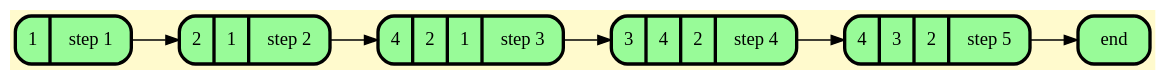
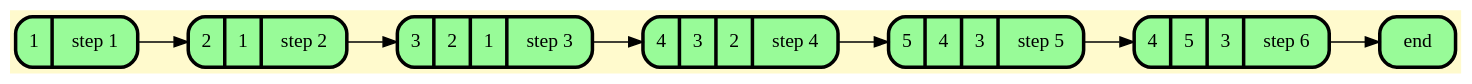
The diagram in graphDump/dump.gv (BulgakovDmitry/LFU_cache), drawn with Graphviz before and after one commit. The commit also changed 15 other files, not shown here.

```diff
--- a/graphDump/dump.gv
+++ b/graphDump/dump.gv
@@ -1,19 +1,21 @@
 digraph G {
     rankdir=LR;
-
+    graph [margin="0.8,1.4"];
     node [style=filled, fontcolor=darkblue,    fillcolor=peachpuff, color="#252A34", penwidth=2.5];
     bgcolor="lemonchiffon";
 
 	node_0 [shape=Mrecord; style = filled; fillcolor = palegreen;color = "#000000"; fontcolor = "#000000";  label=" {1 | step 1} "];
 	node_1 [shape=Mrecord; style = filled; fillcolor = palegreen;color = "#000000"; fontcolor = "#000000";  label=" {2 | 1 | step 2} "];
-	node_2 [shape=Mrecord; style = filled; fillcolor = palegreen;color = "#000000"; fontcolor = "#000000";  label=" {4 | 2 | 1 | step 3} "];
-	node_3 [shape=Mrecord; style = filled; fillcolor = palegreen;color = "#000000"; fontcolor = "#000000";  label=" {3 | 4 | 2 | step 4} "];
-	node_4 [shape=Mrecord; style = filled; fillcolor = palegreen;color = "#000000"; fontcolor = "#000000";  label=" {4 | 3 | 2 | step 5} "];
-	node_5 [shape=Mrecord; style = filled; fillcolor = palegreen;color = "#000000"; fontcolor = "#000000";  label=" { end }"];
+	node_2 [shape=Mrecord; style = filled; fillcolor = palegreen;color = "#000000"; fontcolor = "#000000";  label=" {3 | 2 | 1 | step 3} "];
+	node_3 [shape=Mrecord; style = filled; fillcolor = palegreen;color = "#000000"; fontcolor = "#000000";  label=" {4 | 3 | 2 | step 4} "];
+	node_4 [shape=Mrecord; style = filled; fillcolor = palegreen;color = "#000000"; fontcolor = "#000000";  label=" {5 | 4 | 3 | step 5} "];
+	node_5 [shape=Mrecord; style = filled; fillcolor = palegreen;color = "#000000"; fontcolor = "#000000";  label=" {4 | 5 | 3 | step 6} "];
+	node_6 [shape=Mrecord; style = filled; fillcolor = palegreen;color = "#000000"; fontcolor = "#000000";  label=" { end }"];
 
 	node_0 -> node_1
 	node_1 -> node_2
 	node_2 -> node_3
 	node_3 -> node_4
 	node_4 -> node_5
+	node_5 -> node_6
 }
```
